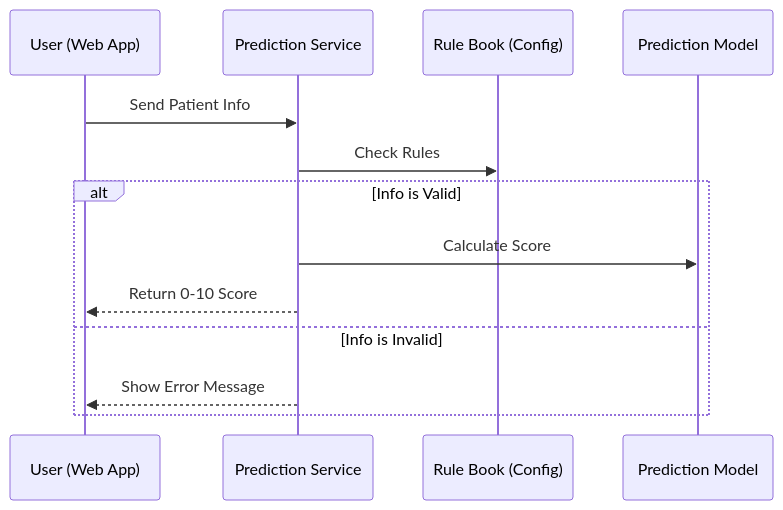
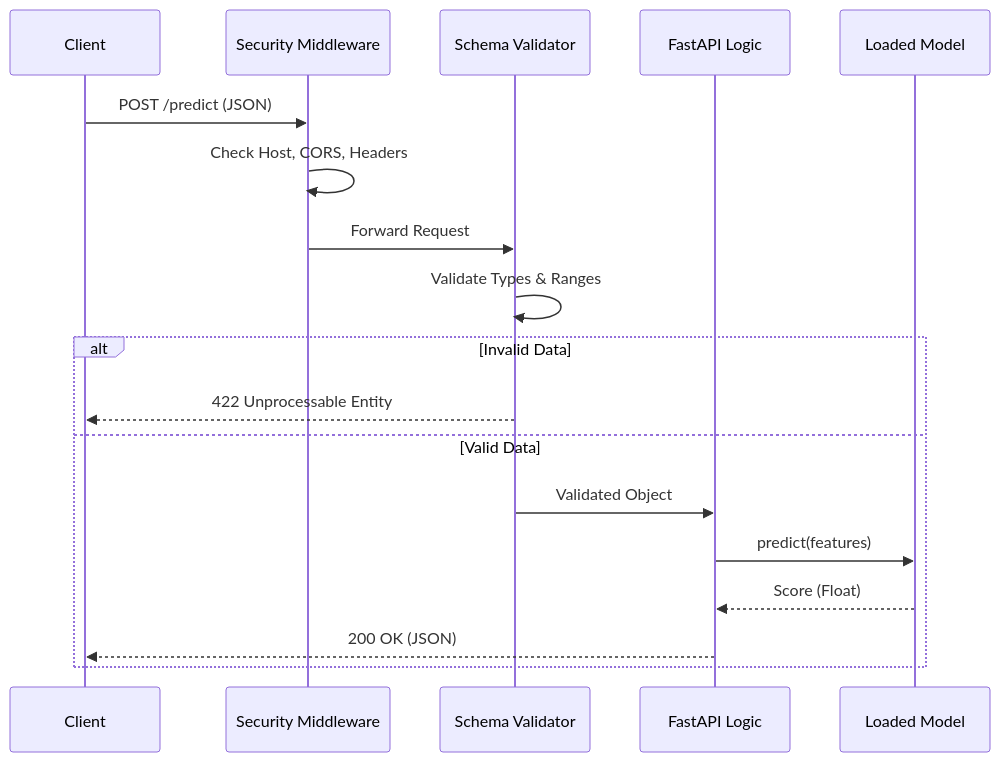
The diagram in inference/README.md (iammohith/MLOps-System-for-Clinical-Treatment-Outcome-Prediction), drawn with Mermaid before and after one commit. The commit also changed other lines of this file and 27 other files, not shown here.

First line of the commit message:
chore: major documentation overhaul and architecture alignment

````diff
--- a/inference/README.md
+++ b/inference/README.md
@@ -29,16 +22,22 @@
 ```mermaid
 sequenceDiagram
-    participant C as User (Web App)
-    participant A as Prediction Service
-    participant P as Rule Book (Config)
-    participant M as Prediction Model
+    participant Client
+    participant Middleware as Security Middleware
+    participant Pydantic as Schema Validator
+    participant App as FastAPI Logic
+    participant Model as Loaded Model
 
-    C->>A: Send Patient Info
-    A->>P: Check Rules
-    alt Info is Valid
-        A->>M: Calculate Score
-        A-->>C: Return 0-10 Score
-    else Info is Invalid
-        A-->>C: Show Error Message
+    Client->>Middleware: POST /predict (JSON)
+    Middleware->>Middleware: Check Host, CORS, Headers
+    Middleware->>Pydantic: Forward Request
+    Pydantic->>Pydantic: Validate Types & Ranges
+    
+    alt Invalid Data
+        Pydantic-->>Client: 422 Unprocessable Entity
+    else Valid Data
+        Pydantic->>App: Validated Object
+        App->>Model: predict(features)
+        Model-->>App: Score (Float)
+        App-->>Client: 200 OK (JSON)
     end
 ```
````
